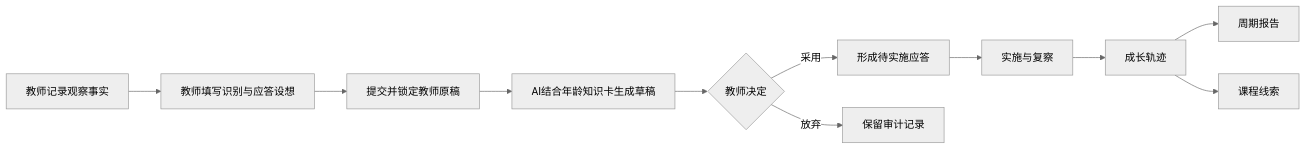
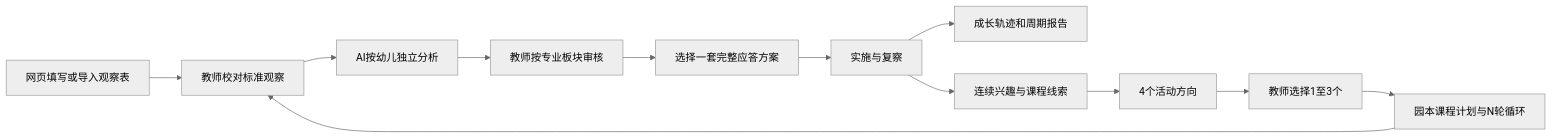
The diagram in docs/production-architecture-and-status.md (eatonlove/early-child-growth), drawn with Mermaid (neutral theme) before and after one commit. The commit also changed other lines of this file and 60 other files, not shown here.

````diff
--- a/docs/production-architecture-and-status.md
+++ b/docs/production-architecture-and-status.md
@@ -9,13 +10,14 @@
 ```mermaid
 flowchart LR
-    A[教师记录观察事实] --> B[教师填写识别与应答设想]
-    B --> C[提交并锁定教师原稿]
-    C --> D[AI结合年龄知识卡生成草稿]
-    D --> E{教师决定}
-    E -->|采用| F[形成待实施应答]
-    E -->|放弃| G[保留审计记录]
-    F --> H[实施与复察]
-    H --> I[成长轨迹]
-    I --> J[周期报告]
-    I --> K[课程线索]
+  A[网页填写或导入观察表] --> B[教师校对标准观察]
+  B --> C[AI按幼儿独立分析]
+  C --> D[教师按专业板块审核]
+  D --> E[选择一套完整应答方案]
+  E --> F[实施与复察]
+  F --> G[成长轨迹和周期报告]
+  F --> H[连续兴趣与课程线索]
+  H --> I[4个活动方向]
+  I --> J[教师选择1至3个]
+  J --> K[园本课程计划与N轮循环]
+  K --> B
 ```
````
